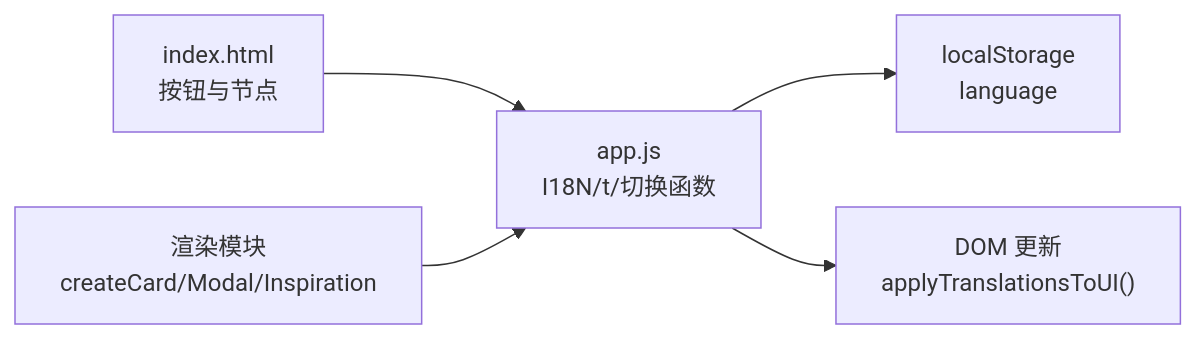
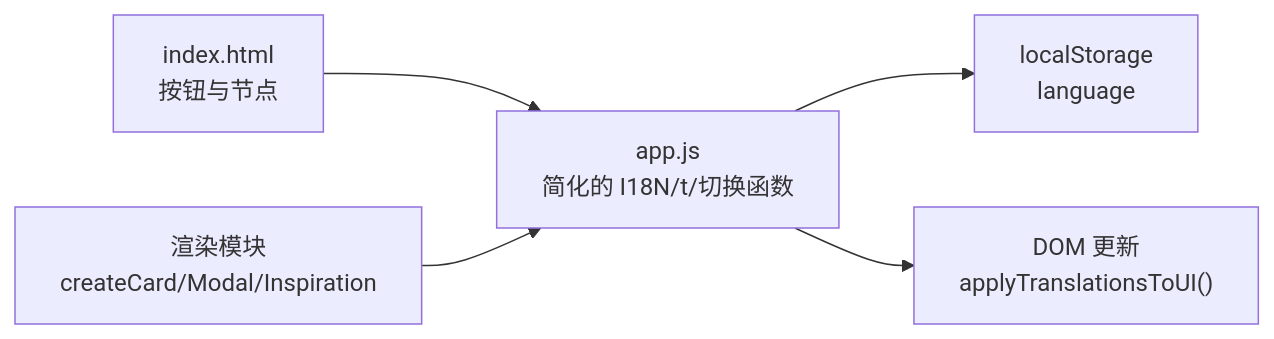
The third of 4 diagrams in .qoder/repowiki/zh/content/核心功能/用户体验优化/国际化系统.md (allengaller/repo-database), drawn with Mermaid before and after one commit. The commit also changed other lines of this file and 38 other files, not shown here.

````diff
--- a/.qoder/repowiki/zh/content/核心功能/用户体验优化/国际化系统.md
+++ b/.qoder/repowiki/zh/content/核心功能/用户体验优化/国际化系统.md
@@ -192,7 +201,7 @@
 ```mermaid
 graph LR
-HTML["index.html<br/>按钮与节点"] --> APP["app.js<br/>I18N/t/切换函数"]
+HTML["index.html<br/>按钮与节点"] --> APP["app.js<br/>简化的 I18N/t/切换函数"]
 APP --> LS["localStorage<br/>language"]
 APP --> DOM["DOM 更新<br/>applyTranslationsToUI()"]
 RENDER["渲染模块<br/>createCard/Modal/Inspiration"] --> APP
 ```
````
